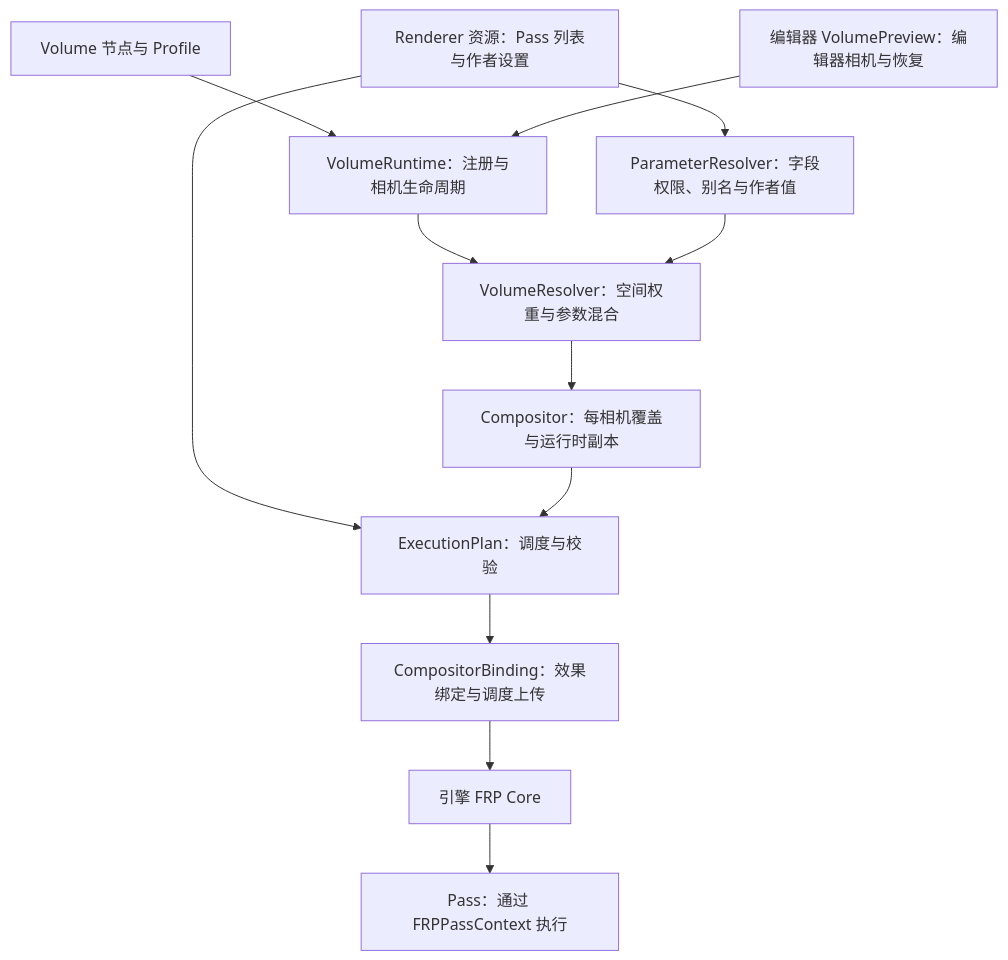
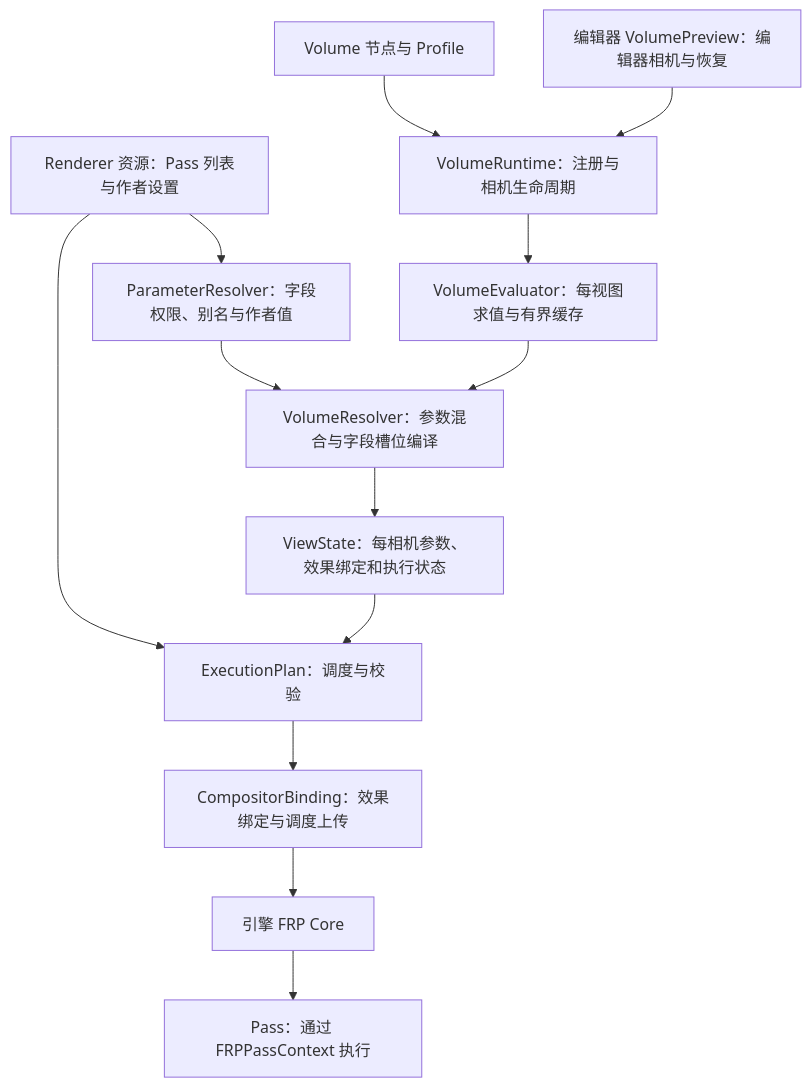
Before and after one commit to f2015805589/feng-godot: the diagram in doc/frp-addon-architecture.md, drawn with Mermaid. The commit also changed other lines of this file and 29 other files, not shown here.

````diff
--- a/doc/frp-addon-architecture.md
+++ b/doc/frp-addon-architecture.md
@@ -8,14 +8,15 @@
 ```mermaid
 flowchart TD
     A[Renderer 资源：Pass 列表与作者设置] --> B[ExecutionPlan：调度与校验]
     B --> C[CompositorBinding：效果绑定与调度上传]
     C --> D[引擎 FRP Core]
     E[Volume 节点与 Profile] --> F[VolumeRuntime：注册与相机生命周期]
-    F --> G[VolumeResolver：空间权重与参数混合]
+    F --> L[VolumeEvaluator：每视图求值与有界缓存]
+    L --> G[VolumeResolver：参数混合与字段槽位编译]
     H[编辑器 VolumePreview：编辑器相机与恢复] --> F
     A --> I[ParameterResolver：字段权限、别名与作者值]
     I --> G
-    G --> J[Compositor：每相机覆盖与运行时副本]
+    G --> J[ViewState：每相机参数、效果绑定和执行状态]
     J --> B
     D --> K[Pass：通过 FRPPassContext 执行]
 ```
````
